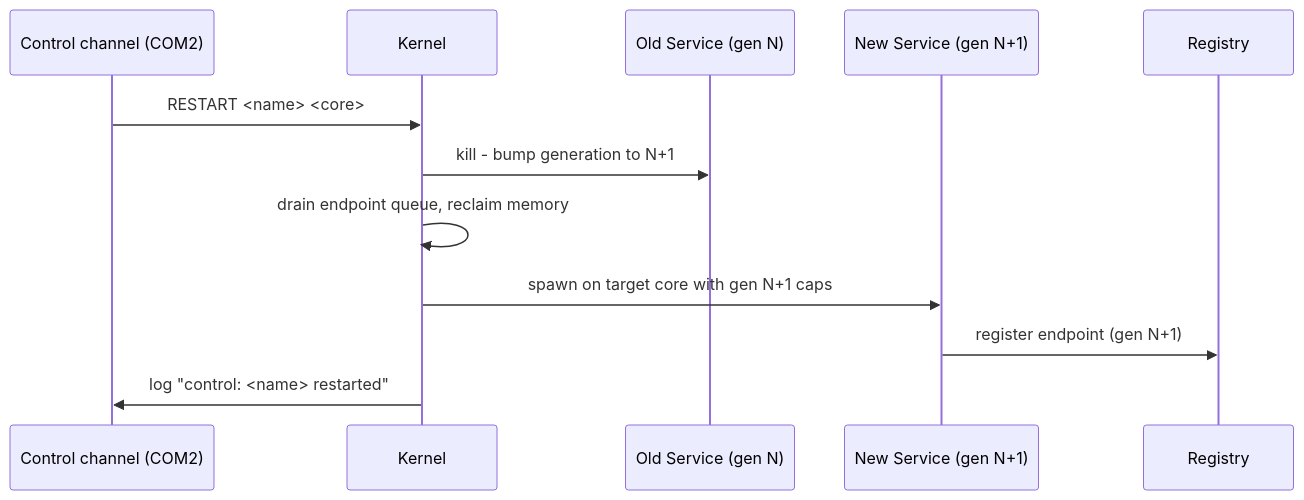
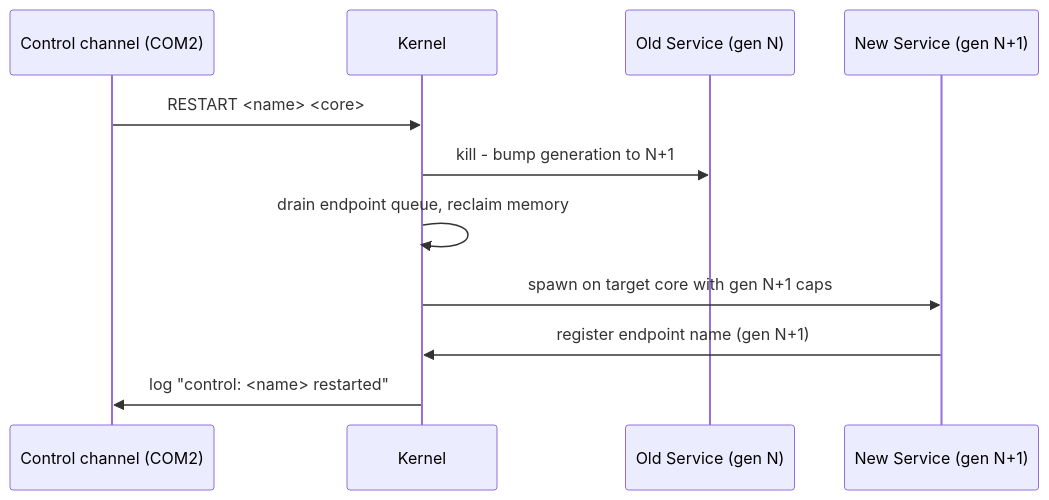
Before and after one commit to godspeedhq/godspeed-os: the diagram in services/supervisor/CLAUDE.md, drawn with Mermaid. The commit also changed other lines of this file and 35 other files, not shown here.

````diff
--- a/services/supervisor/CLAUDE.md
+++ b/services/supervisor/CLAUDE.md
@@ -71,15 +71,14 @@
 ```mermaid
 sequenceDiagram
     participant Ctrl as Control channel (COM2)
     participant K as Kernel
     participant OldSvc as Old Service (gen N)
     participant NewSvc as New Service (gen N+1)
-    participant R as Registry
 
     Ctrl->>K: RESTART <name> <core>
     K->>OldSvc: kill - bump generation to N+1
     K->>K: drain endpoint queue, reclaim memory
     K->>NewSvc: spawn on target core with gen N+1 caps
-    NewSvc->>R: register endpoint (gen N+1)
+    NewSvc->>K: register endpoint name (gen N+1)
     K->>Ctrl: log "control: <name> restarted"
 ```
````
